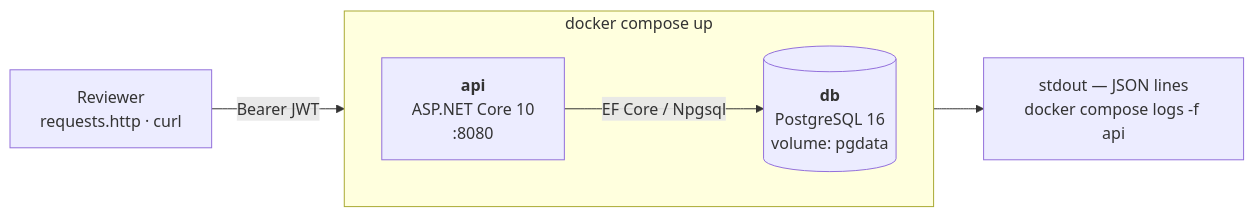
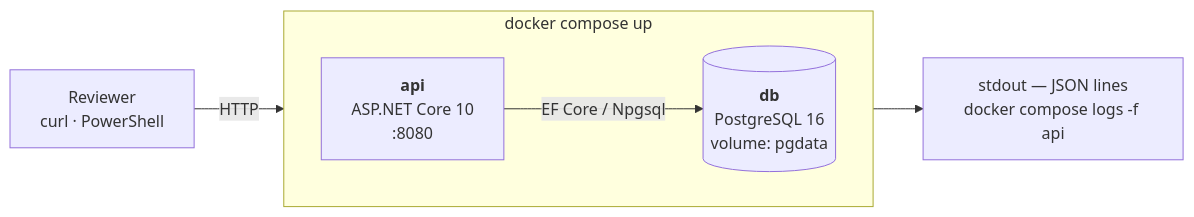
Before and after one commit to Nooziergg/library-loans-api: the first of 7 diagrams in docs/ARCHITECTURE.md, drawn with Mermaid. The commit also changed other lines of this file and 9 other files, not shown here.

````diff
--- a/docs/ARCHITECTURE.md
+++ b/docs/ARCHITECTURE.md
@@ -7,14 +29,14 @@
 ```mermaid
 flowchart LR
-    R["Reviewer<br/>requests.http · curl"]
+    R["Reviewer<br/>curl · PowerShell"]
     subgraph compose["docker compose up"]
         direction LR
         API["<b>api</b><br/>ASP.NET Core 10<br/>:8080"]
         DB[("<b>db</b><br/>PostgreSQL 16<br/>volume: pgdata")]
     end
     LOGS["stdout — JSON lines<br/>docker compose logs -f api"]
 
-    R -->|"Bearer JWT"| API
+    R -->|"HTTP"| API
     API -->|"EF Core / Npgsql"| DB
     API --> LOGS
 ```
````
